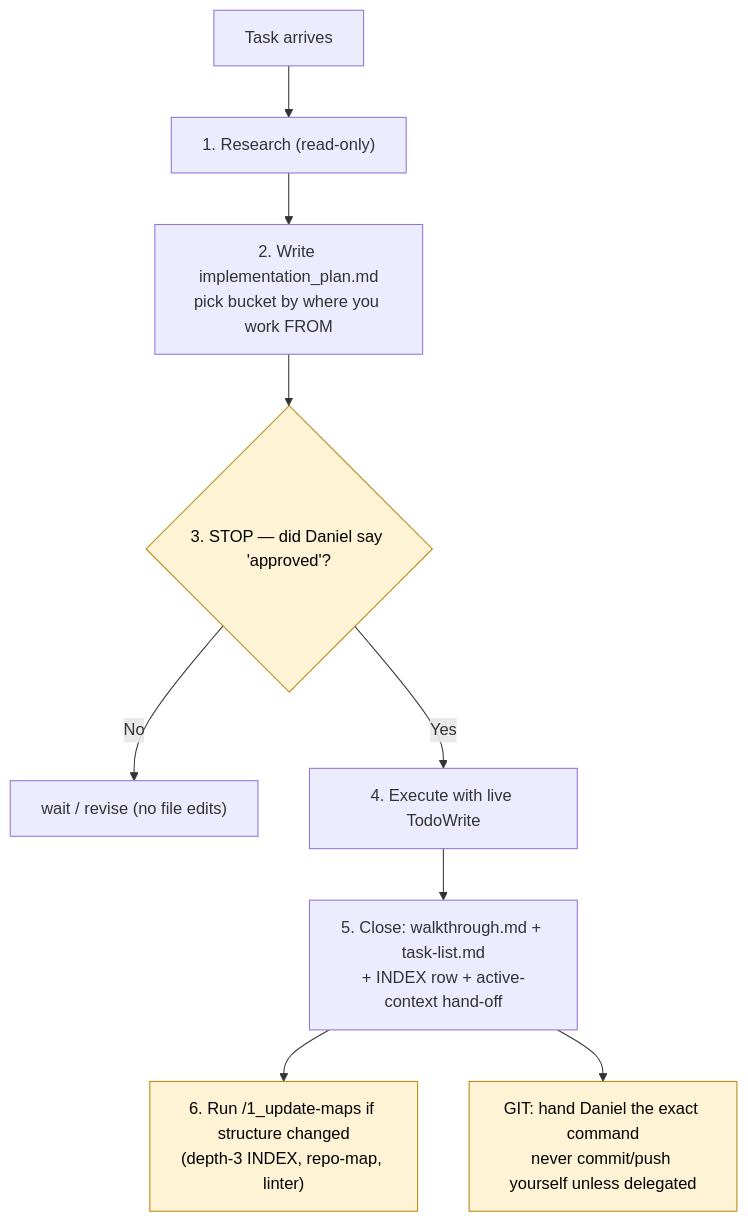
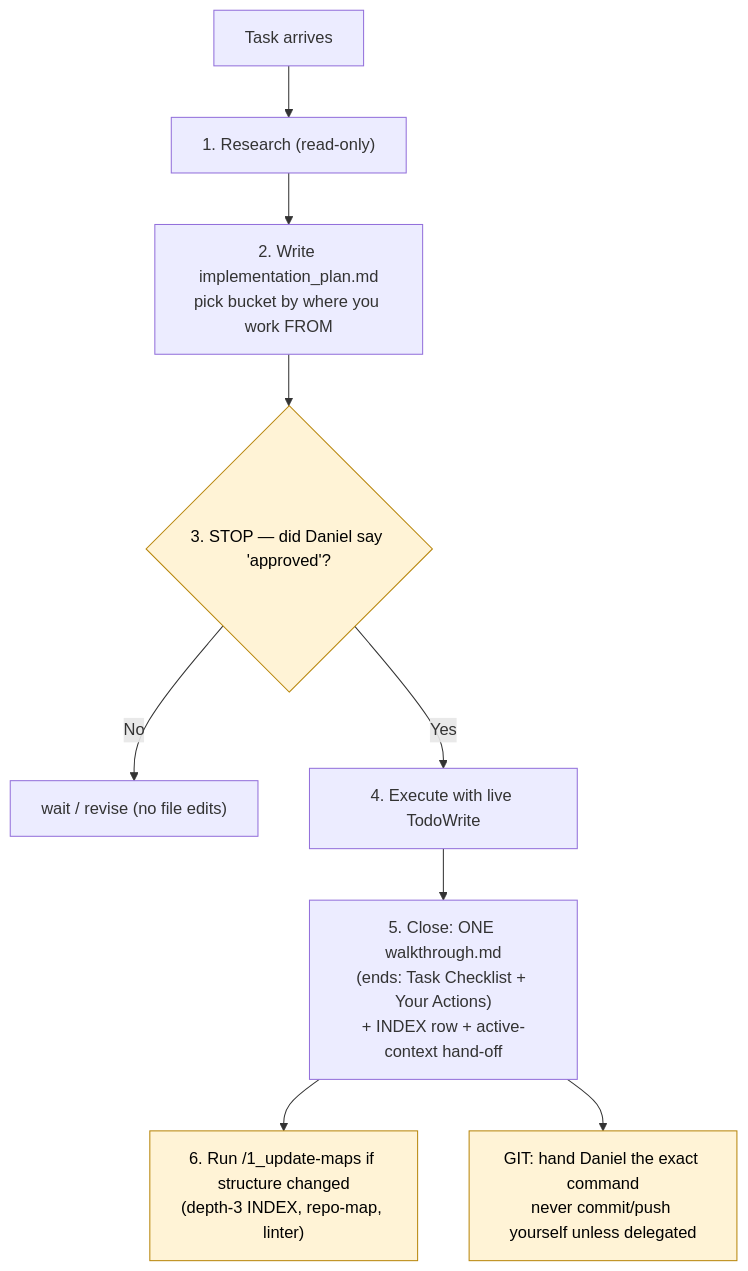
One commit to sudomadhatter/Sudo_Hatter_Command changed the sixth of 7 diagrams in _my_resources/diagrams_guides/system/file_folder_structure+maintaining.md. Above: the diagram before and after it, drawn with Mermaid. The commit also changed other lines of this file and 26 other files, not shown here.

````diff
--- a/_my_resources/diagrams_guides/system/file_folder_structure+maintaining.md
+++ b/_my_resources/diagrams_guides/system/file_folder_structure+maintaining.md
@@ -160,14 +194,14 @@
 ```mermaid
 flowchart TD
     REQ["Task arrives"] --> RES["1. Research (read-only)"]
     RES --> PW["2. Write implementation_plan.md\npick bucket by where you work FROM"]
     PW --> GATE{"3. STOP — did Daniel say 'approved'?"}
     GATE -- "No" --> WAIT["wait / revise (no file edits)"]
     GATE -- "Yes" --> EX["4. Execute with live TodoWrite"]
-    EX --> CL["5. Close: walkthrough.md + task-list.md\n+ INDEX row + active-context hand-off"]
+    EX --> CL["5. Close: ONE walkthrough.md\n(ends: Task Checklist + Your Actions)\n+ INDEX row + active-context hand-off"]
     CL --> MAPS["6. Run /1_update-maps if structure changed\n(depth-3 INDEX, repo-map, linter)"]
     CL --> GIT["GIT: hand Daniel the exact command\nnever commit/push yourself unless delegated"]
 
     classDef gate fill:#fff3d6,stroke:#b8860b,color:#000
     class GATE,GIT,MAPS gate
 ```
````
